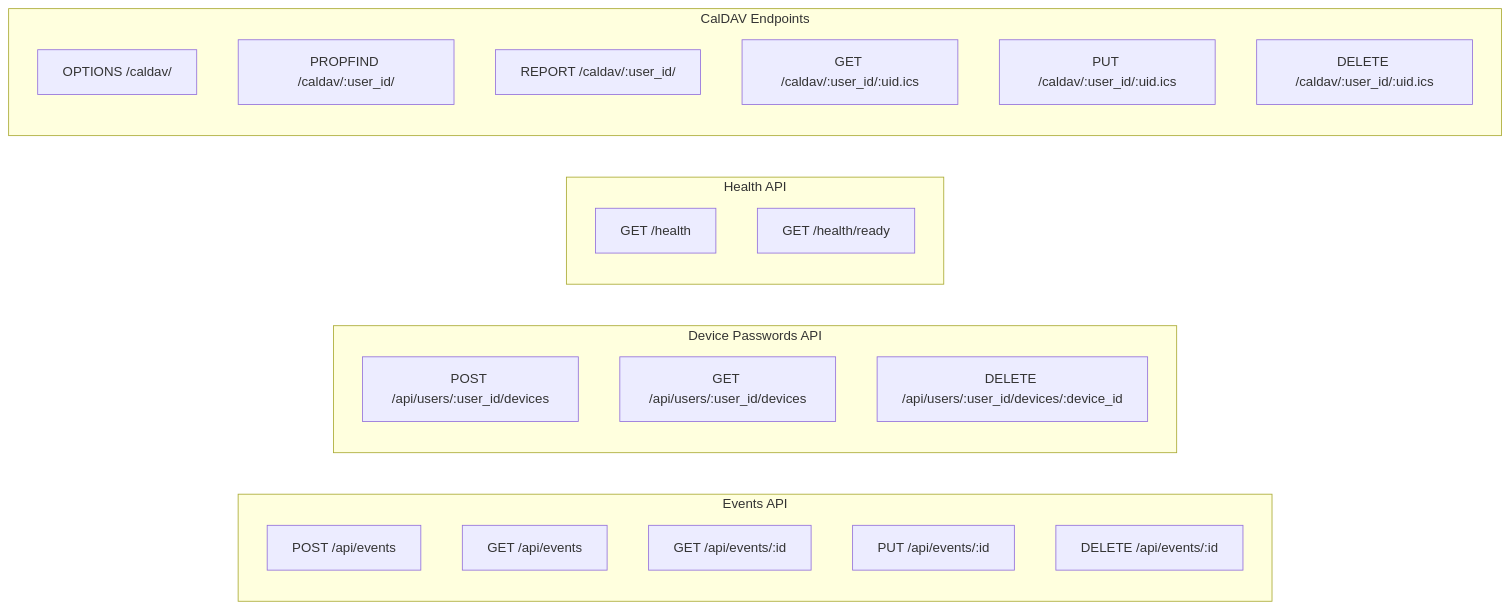
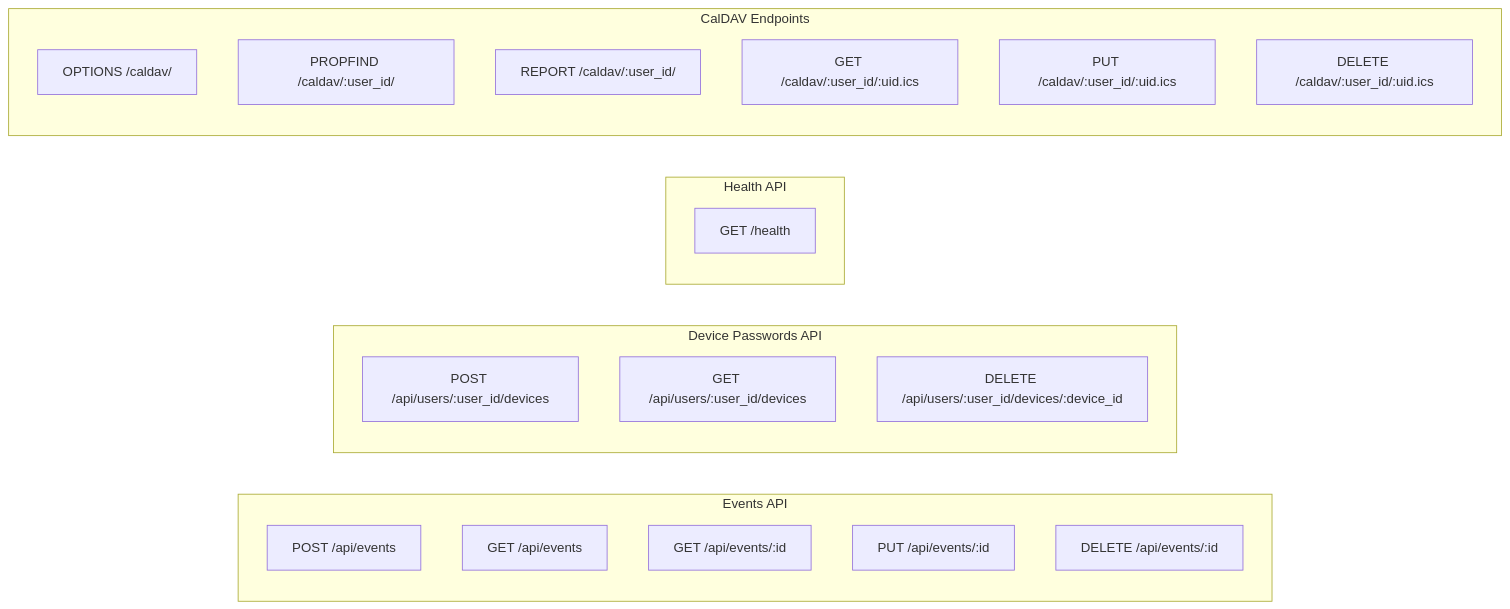
The fifth of 7 diagrams in docs/ARCHITECTURE.md (kirilledition/televent), drawn with Mermaid before and after one commit. The commit also changed other lines of this file and 20 other files, not shown here.

````diff
--- a/docs/ARCHITECTURE.md
+++ b/docs/ARCHITECTURE.md
@@ -195,30 +170,29 @@
 ```mermaid
 flowchart LR
     subgraph "Events API"
         E1[POST /api/events]
         E2[GET /api/events]
         E3[GET /api/events/:id]
         E4[PUT /api/events/:id]
         E5[DELETE /api/events/:id]
     end
 
     subgraph "Device Passwords API"
         D1[POST /api/users/:user_id/devices]
         D2[GET /api/users/:user_id/devices]
         D3[DELETE /api/users/:user_id/devices/:device_id]
     end
 
     subgraph "Health API"
         H1[GET /health]
-        H2[GET /health/ready]
     end
 
     subgraph "CalDAV Endpoints"
         C1[OPTIONS /caldav/]
         C2[PROPFIND /caldav/:user_id/]
         C3[REPORT /caldav/:user_id/]
         C4[GET /caldav/:user_id/:uid.ics]
         C5[PUT /caldav/:user_id/:uid.ics]
         C6[DELETE /caldav/:user_id/:uid.ics]
     end
 ```
````
